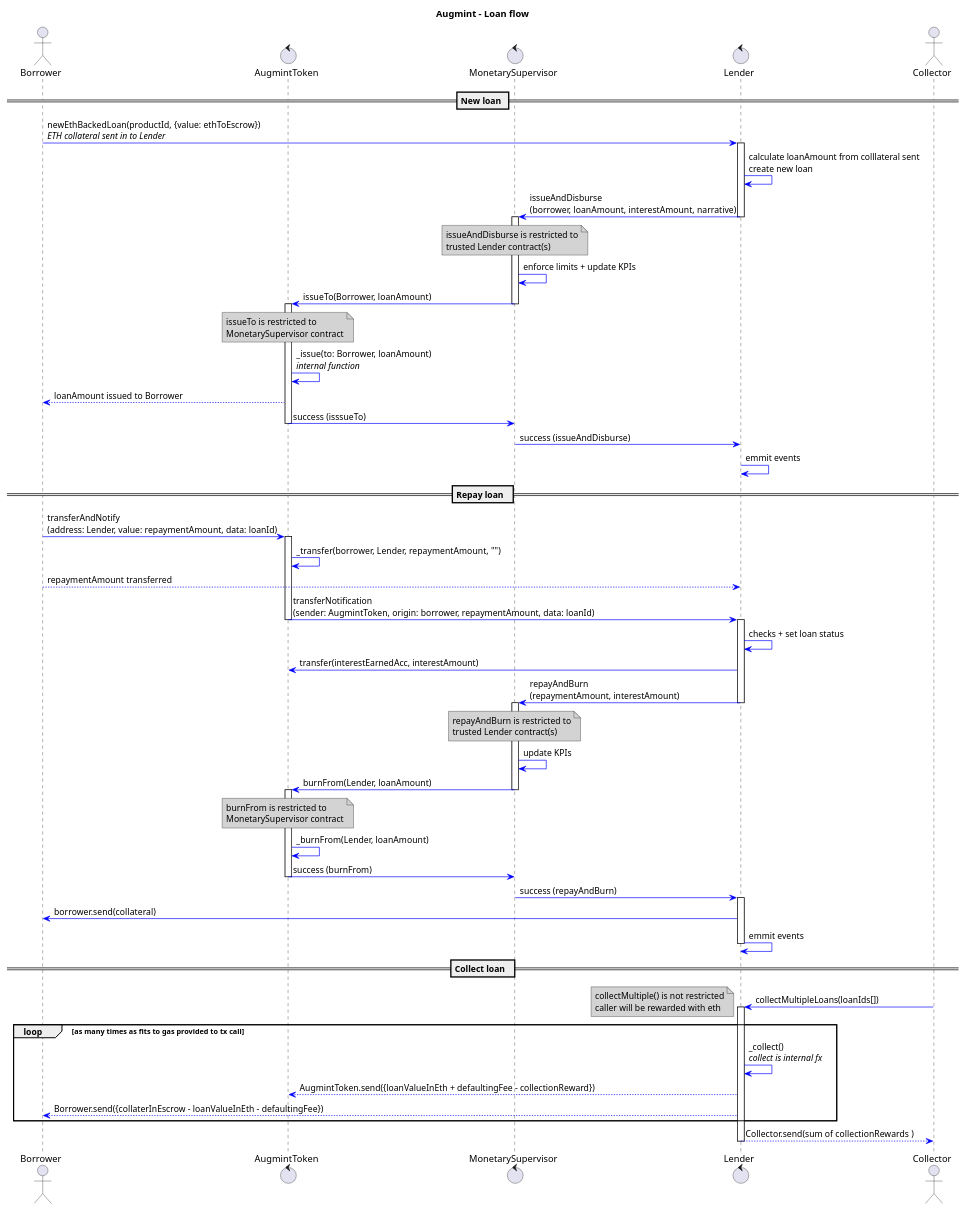
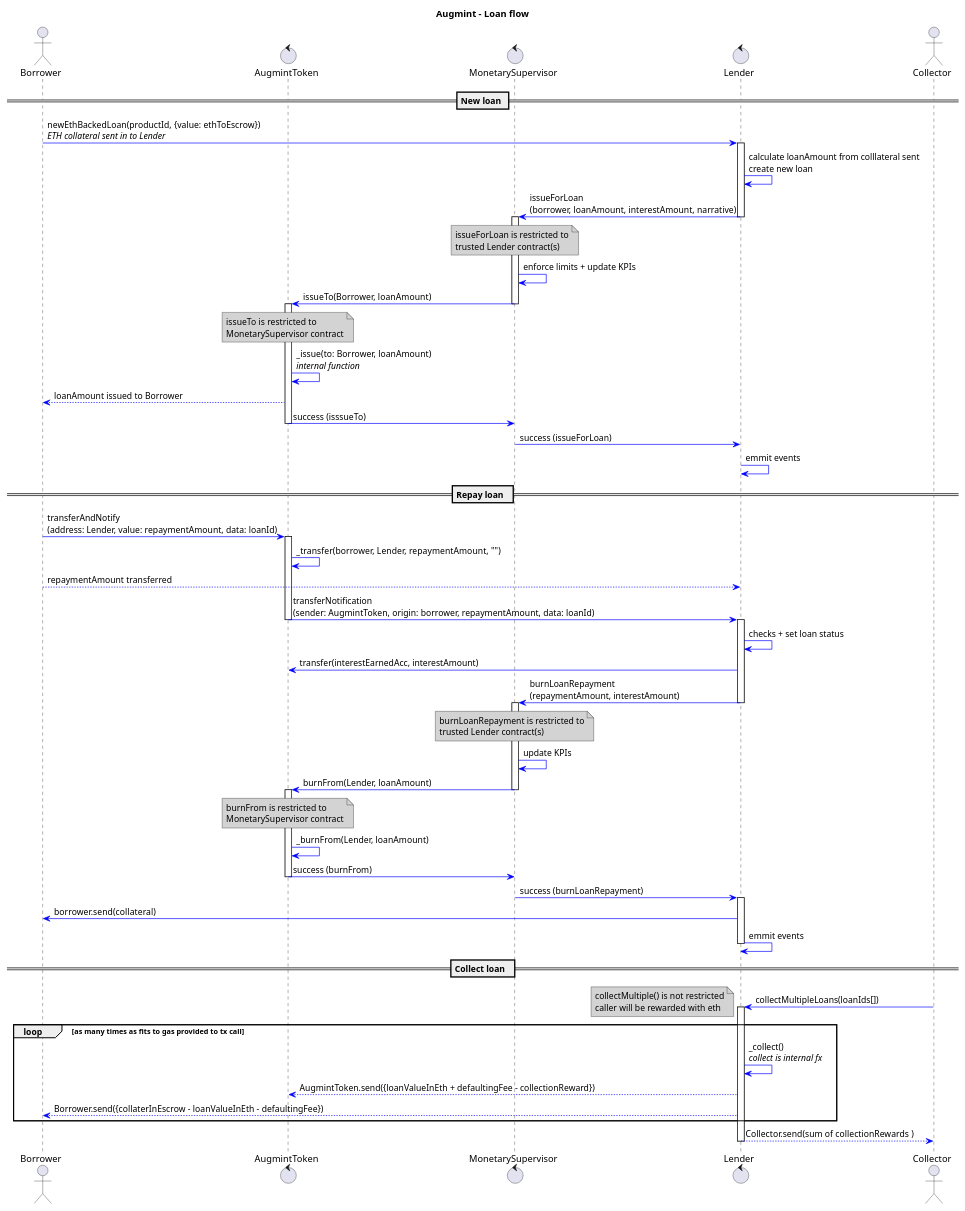
The diagram in docs/loanFlow.plantuml (Augmint/augmint-contracts), drawn with PlantUML before and after one commit. The commit also changed 3 other files, not shown here.

```diff
--- a/docs/loanFlow.plantuml
+++ b/docs/loanFlow.plantuml
@@ -1,99 +1,99 @@
 @startuml
 title **Augmint** - Loan flow
 skinparam ArrowColor #blue
 skinparam noteBackgroundColor #lightgrey
 
 actor Borrower
 control AugmintToken
 control MonetarySupervisor
 control Lender
 actor Collector
 
 == New loan ==
 Borrower -> Lender : newEthBackedLoan(productId, {value: ethToEscrow})\n//ETH collateral sent in to Lender//
 
 activate Lender
     Lender -> Lender : calculate loanAmount from colllateral sent\ncreate new loan
-    Lender -> MonetarySupervisor : issueAndDisburse\n(borrower, loanAmount, interestAmount, narrative)
+    Lender -> MonetarySupervisor : issueForLoan\n(borrower, loanAmount, interestAmount, narrative)
 deactivate Lender
 
 activate MonetarySupervisor
     note over MonetarySupervisor
-        issueAndDisburse is restricted to
+        issueForLoan is restricted to
         trusted Lender contract(s)
     end note
     MonetarySupervisor -> MonetarySupervisor : enforce limits + update KPIs
     MonetarySupervisor -> AugmintToken : issueTo(Borrower, loanAmount)
 deactivate MonetarySupervisor
 
 activate AugmintToken
     note over AugmintToken
         issueTo is restricted to
         MonetarySupervisor contract
     end note
     AugmintToken -> AugmintToken : _issue(to: Borrower, loanAmount)\n//internal function//
     AugmintToken --> Borrower : loanAmount issued to Borrower
     AugmintToken -> MonetarySupervisor : success (isssueTo)
 deactivate AugmintToken
 
-MonetarySupervisor -> Lender : success (issueAndDisburse)
+MonetarySupervisor -> Lender : success (issueForLoan)
 
 Lender -> Lender : emmit events
 
 == Repay loan  ==
 Borrower -> AugmintToken : transferAndNotify\n(address: Lender, value: repaymentAmount, data: loanId)
 
 activate AugmintToken
     AugmintToken -> AugmintToken : _transfer(borrower, Lender, repaymentAmount, "")
     Borrower --> Lender : repaymentAmount transferred
     AugmintToken -> Lender : transferNotification\n(sender: AugmintToken, origin: borrower, repaymentAmount, data: loanId)
 deactivate AugmintToken
 
 activate Lender
     Lender -> Lender : checks + set loan status
     Lender -> AugmintToken : transfer(interestEarnedAcc, interestAmount)
-    Lender -> MonetarySupervisor : repayAndBurn\n(repaymentAmount, interestAmount)
+    Lender -> MonetarySupervisor : burnLoanRepayment\n(repaymentAmount, interestAmount)
     note over MonetarySupervisor
-        repayAndBurn is restricted to
+        burnLoanRepayment is restricted to
         trusted Lender contract(s)
     end note
 deactivate Lender
 
 activate MonetarySupervisor
     MonetarySupervisor -> MonetarySupervisor : update KPIs
     MonetarySupervisor -> AugmintToken : burnFrom(Lender, loanAmount)
     note over AugmintToken
         burnFrom is restricted to
         MonetarySupervisor contract
     end note
 deactivate MonetarySupervisor
 
 activate AugmintToken
     AugmintToken -> AugmintToken : _burnFrom(Lender, loanAmount)
     AugmintToken -> MonetarySupervisor : success (burnFrom)
 deactivate AugmintToken
 
-MonetarySupervisor -> Lender : success (repayAndBurn)
+MonetarySupervisor -> Lender : success (burnLoanRepayment)
 
 activate Lender
 Lender -> Borrower : borrower.send(collateral)
 Lender -> Lender : emmit events
 deactivate Lender
 
 == Collect loan  ==
 Collector -> Lender : collectMultipleLoans(loanIds[])
 note left
     collectMultiple() is not restricted
     caller will be rewarded with eth
 end note
 activate Lender
 
 loop as many times as fits to gas provided to tx call
     Lender -> Lender : _collect()\n//collect is internal fx//
     Lender --> AugmintToken : AugmintToken.send({loanValueInEth + defaultingFee - collectionReward})
     Lender --> Borrower : Borrower.send({collaterInEscrow - loanValueInEth - defaultingFee})
 end
 Lender --> Collector : Collector.send(sum of collectionRewards )
 
 deactivate Lender
 @enduml
```
